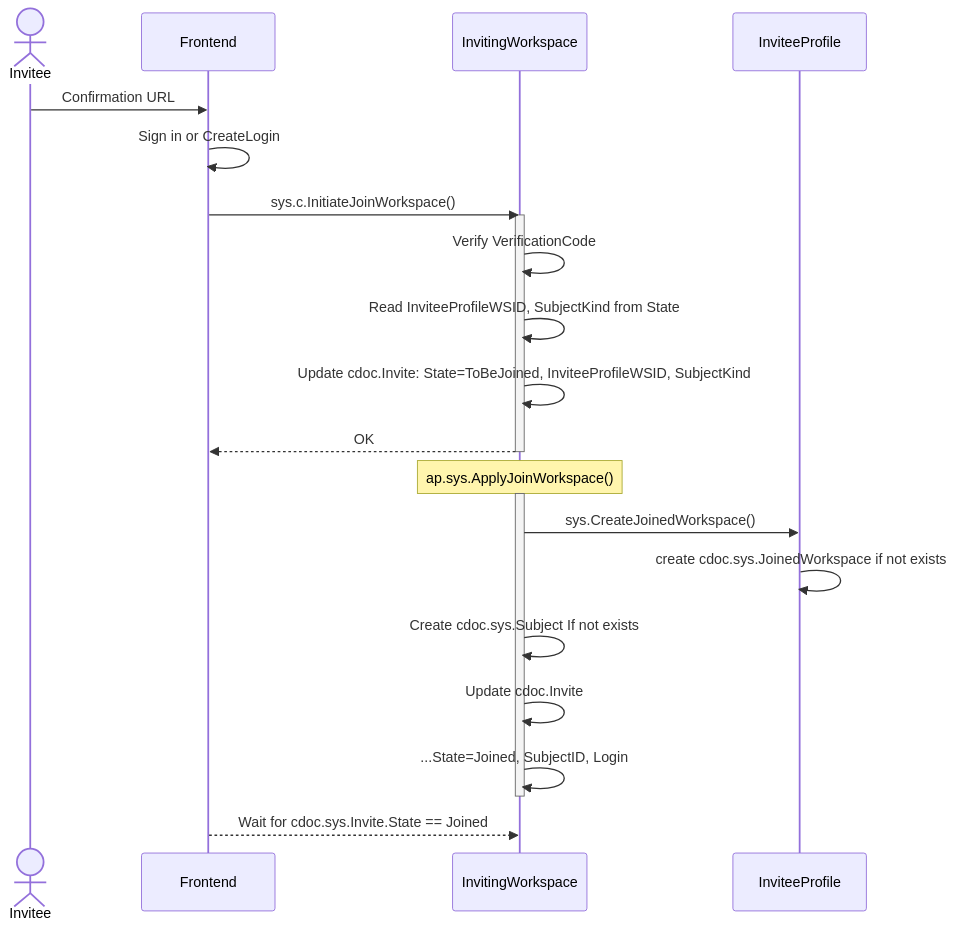
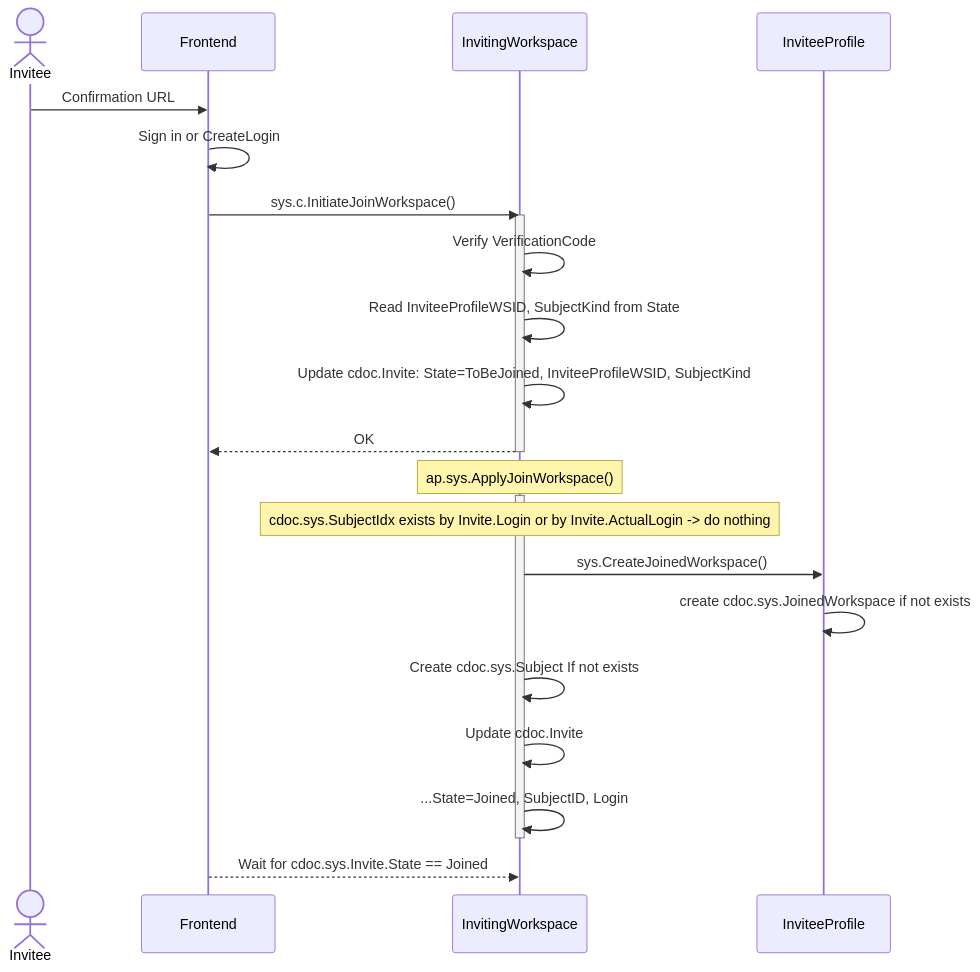
Before and after one commit to voedger/voedger: the fourth of 8 diagrams in design/workspaces/invites.md, drawn with Mermaid. The commit also changed other lines of this file, not shown here.

````diff
--- a/design/workspaces/invites.md
+++ b/design/workspaces/invites.md
@@ -192,34 +169,34 @@
 ```mermaid
     sequenceDiagram
-    
+
     actor Invitee
     participant front as Frontend
     participant workspace as InvitingWorkspace
     participant profilews as InviteeProfile
 
     Invitee ->> front: Confirmation URL
     front ->> front: Sign in or CreateLogin
 
     front ->> workspace: sys.c.InitiateJoinWorkspace()
     activate workspace
         workspace ->> workspace: Verify VerificationCode
         workspace ->> workspace: Read InviteeProfileWSID, SubjectKind from State
         workspace ->> workspace: Update cdoc.Invite: State=ToBeJoined, InviteeProfileWSID, SubjectKind
         workspace -->> front: OK
     deactivate workspace
 
     note over workspace: ap.sys.ApplyJoinWorkspace()
     activate workspace
-
+        note over workspace: cdoc.sys.SubjectIdx exists by Invite.Login or by Invite.ActualLogin -> do nothing
         workspace ->> profilews: sys.CreateJoinedWorkspace()
         profilews ->> profilews: create cdoc.sys.JoinedWorkspace if not exists
 
         workspace ->> workspace: Create cdoc.sys.Subject If not exists
         workspace ->> workspace: Update cdoc.Invite
         workspace ->> workspace: ...State=Joined, SubjectID, Login
 
-    deactivate workspace        
+    deactivate workspace
 
     front -->> workspace: Wait for  cdoc.sys.Invite.State == Joined
 
 ```
````
